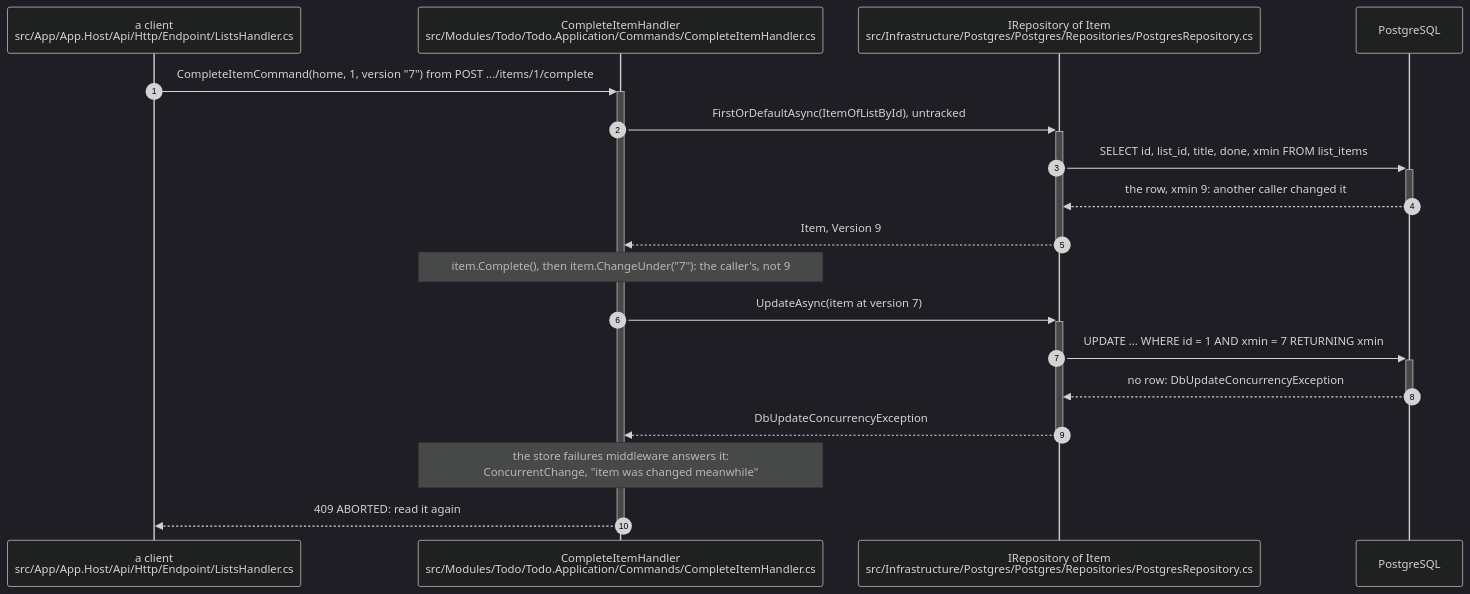
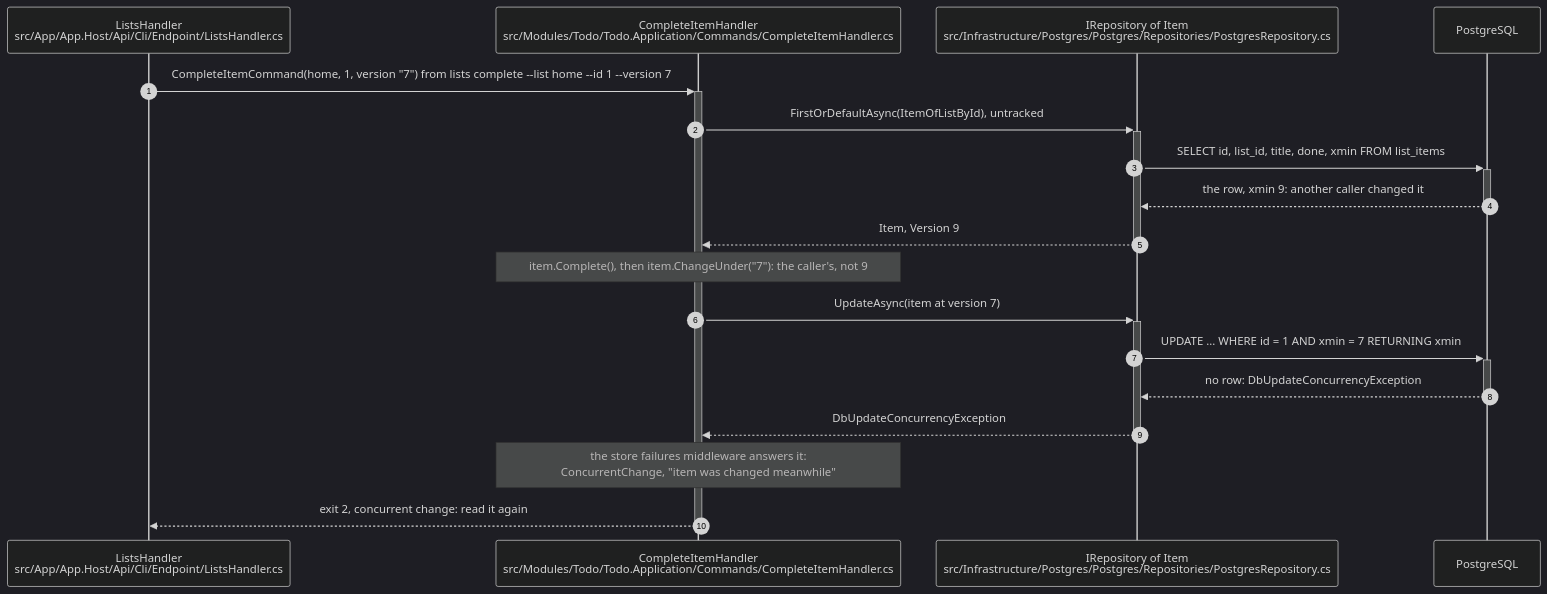
The diagram in library/architecture/dotnet/vp-row-version-in-dotnet.skill/diagrams/example-flow.mmd (InsonusK/ai-skills), drawn with Mermaid (dark theme) before and after one commit. The commit also changed 98 other files, not shown here.

Commit message:
dotnet CLI pivot, wave 5: complete items under caller version through CLI

```diff
--- a/library/architecture/dotnet/vp-row-version-in-dotnet.skill/diagrams/example-flow.mmd
+++ b/library/architecture/dotnet/vp-row-version-in-dotnet.skill/diagrams/example-flow.mmd
@@ -1,19 +1,19 @@
 sequenceDiagram
     autonumber
-    participant Client as a client<br/>src/App/App.Host/Api/Http/Endpoint/ListsHandler.cs
+    participant Client as ListsHandler<br/>src/App/App.Host/Api/Cli/Endpoint/ListsHandler.cs
     participant Handler as CompleteItemHandler<br/>src/Modules/Todo/Todo.Application/Commands/CompleteItemHandler.cs
     participant Repository as IRepository of Item<br/>src/Infrastructure/Postgres/Postgres/Repositories/PostgresRepository.cs
     participant DB as PostgreSQL
 
-    Client->>+Handler: CompleteItemCommand(home, 1, version "7") from POST .../items/1/complete
+    Client->>+Handler: CompleteItemCommand(home, 1, version "7") from lists complete --list home --id 1 --version 7
     Handler->>+Repository: FirstOrDefaultAsync(ItemOfListById), untracked
     Repository->>+DB: SELECT id, list_id, title, done, xmin FROM list_items
     DB-->>-Repository: the row, xmin 9: another caller changed it
     Repository-->>-Handler: Item, Version 9
     Note over Handler: item.Complete(), then item.ChangeUnder("7"): the caller's, not 9
     Handler->>+Repository: UpdateAsync(item at version 7)
     Repository->>+DB: UPDATE ... WHERE id = 1 AND xmin = 7 RETURNING xmin
     DB-->>-Repository: no row: DbUpdateConcurrencyException
     Repository-->>-Handler: DbUpdateConcurrencyException
     Note over Handler: the store failures middleware answers it:<br/>ConcurrentChange, "item was changed meanwhile"
-    Handler-->>-Client: 409 ABORTED: read it again
+    Handler-->>-Client: exit 2, concurrent change: read it again
```
